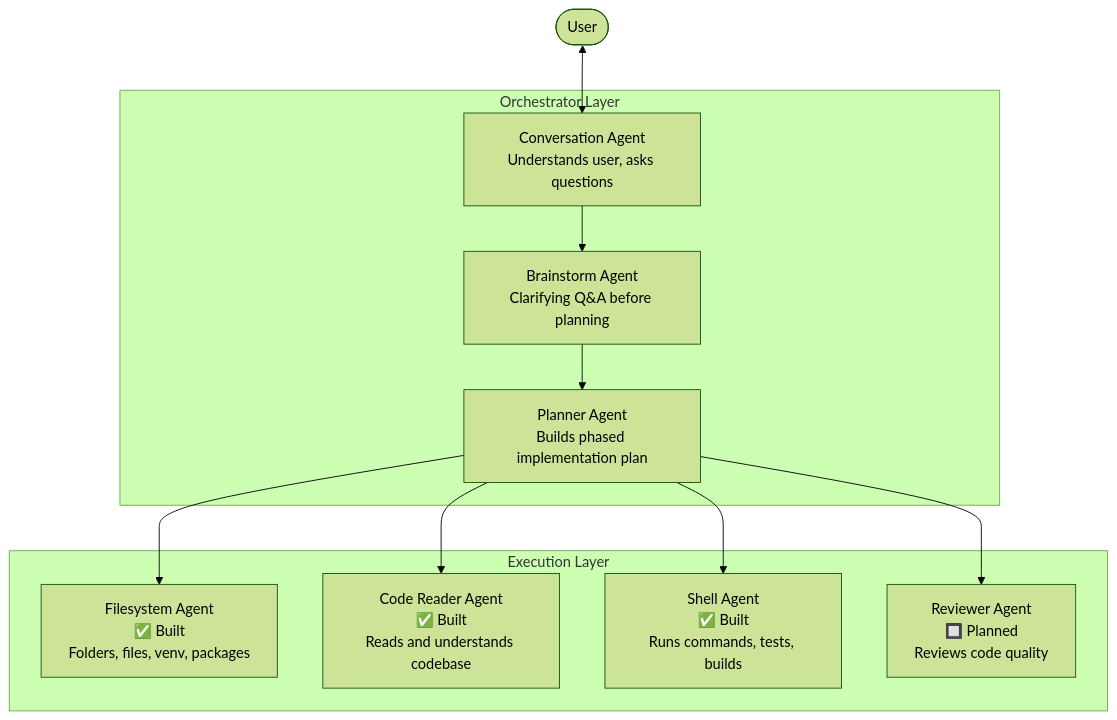
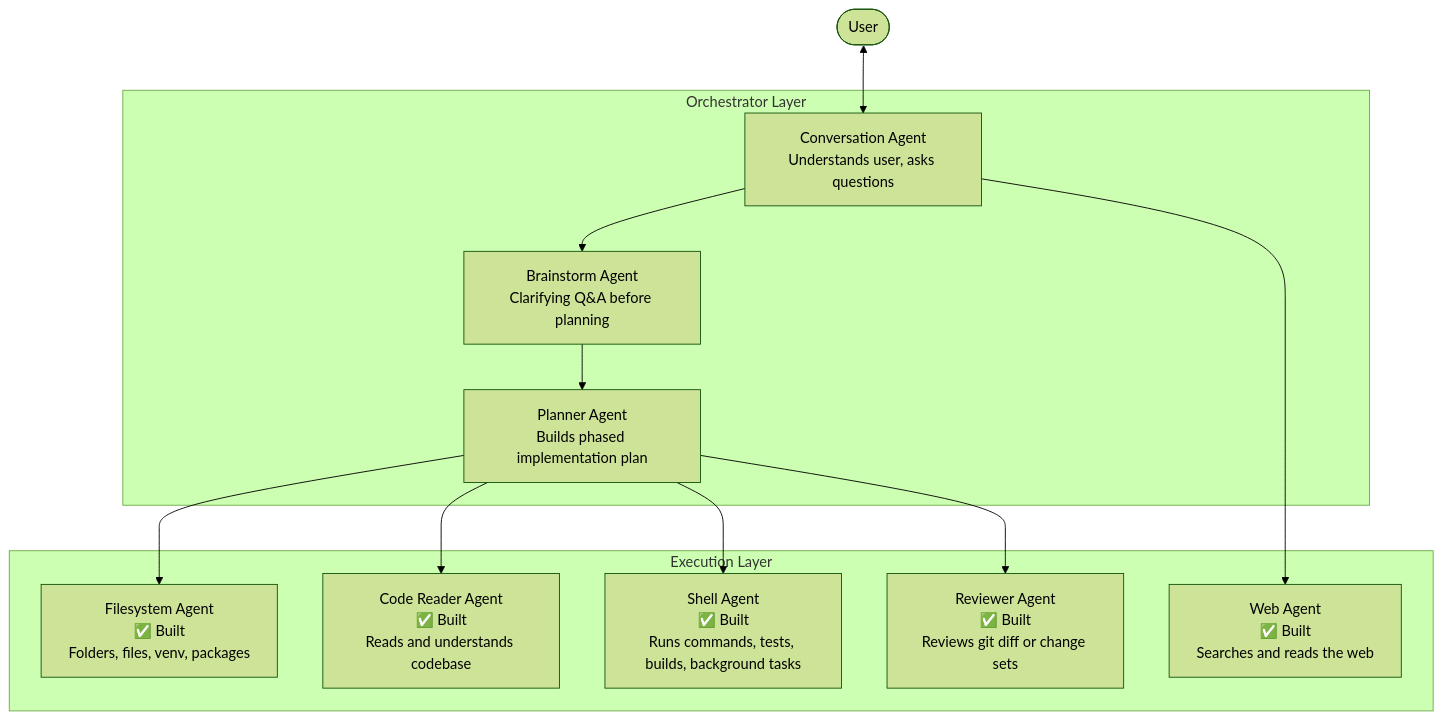
One commit to prashanth-ds-ml/local-codex changed the diagram in docs/Multi-Agent System.md. Above: the diagram before and after it, drawn with Mermaid (forest theme). The commit also changed other lines of this file and 61 other files, not shown here.

````diff
--- a/docs/Multi-Agent System.md
+++ b/docs/Multi-Agent System.md
@@ -19,24 +19,26 @@
 ```mermaid
 flowchart TD
     User([User]) <--> Conversation
 
     subgraph Orchestrator["Orchestrator Layer"]
         Conversation["Conversation Agent\nUnderstands user, asks questions"]
         Brainstorm["Brainstorm Agent\nClarifying Q&A before planning"]
         Planner["Planner Agent\nBuilds phased implementation plan"]
     end
 
     Conversation --> Brainstorm --> Planner
 
     Planner --> Filesystem
     Planner --> CodeReader
     Planner --> Shell
     Planner --> Reviewer
+    Conversation --> Web
 
     subgraph Execution["Execution Layer"]
         Filesystem["Filesystem Agent\n✅ Built\nFolders, files, venv, packages"]
         CodeReader["Code Reader Agent\n✅ Built\nReads and understands codebase"]
-        Shell["Shell Agent\n✅ Built\nRuns commands, tests, builds"]
-        Reviewer["Reviewer Agent\n🔲 Planned\nReviews code quality"]
+        Shell["Shell Agent\n✅ Built\nRuns commands, tests, builds, background tasks"]
+        Reviewer["Reviewer Agent\n✅ Built\nReviews git diff or change sets"]
+        Web["Web Agent\n✅ Built\nSearches and reads the web"]
     end
 ```
````
